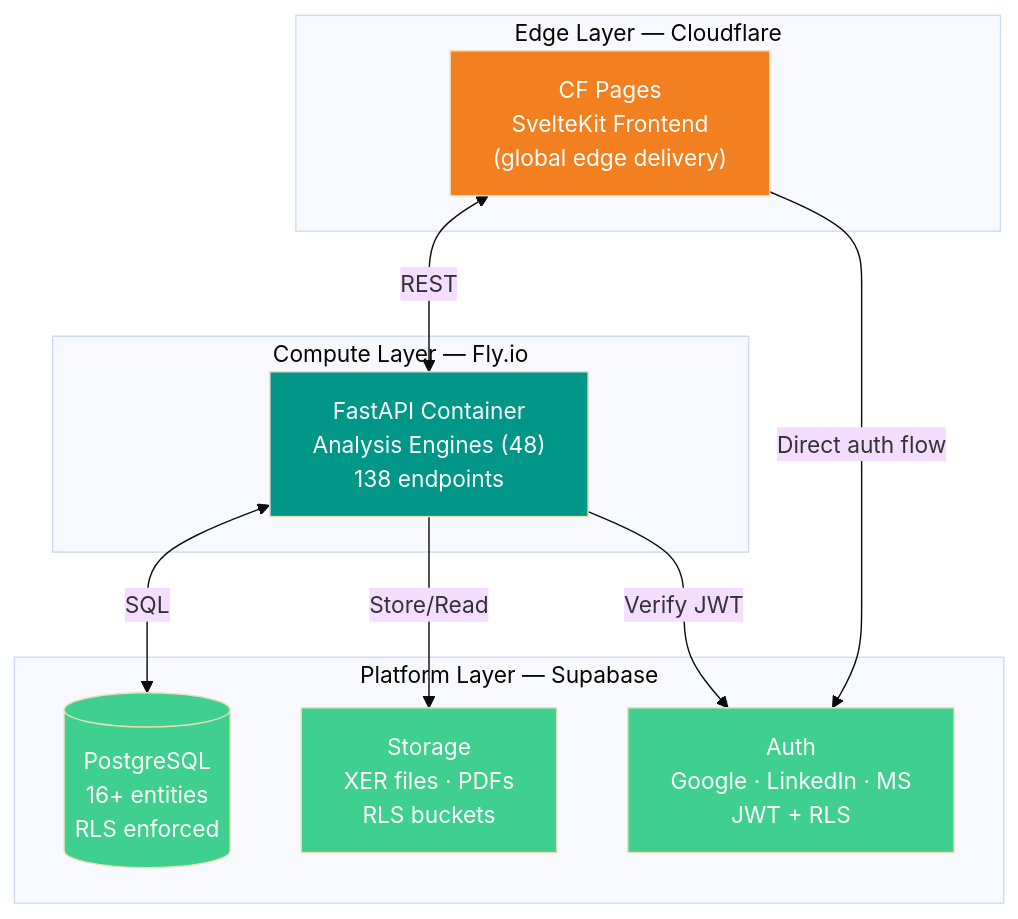
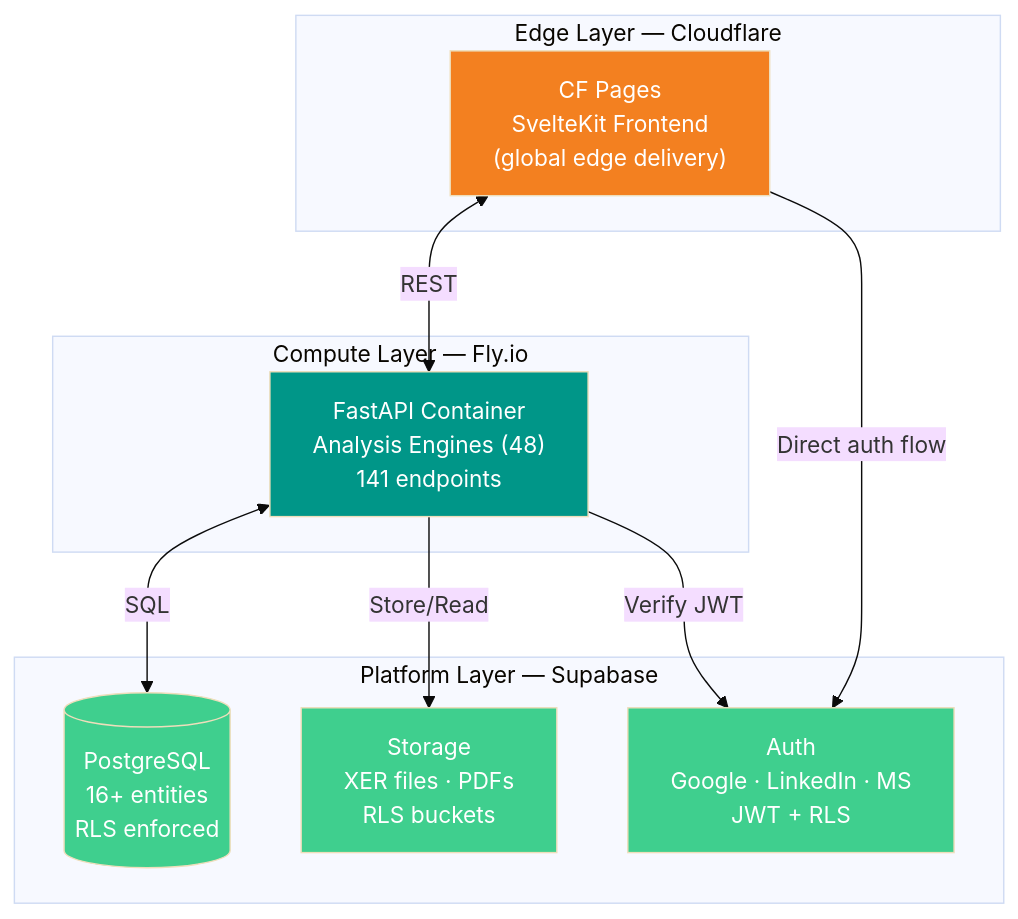
One commit to VitorMRodovalho/meridianiq changed the first of 2 diagrams in README.md. Above: the diagram before and after it, drawn with Mermaid (base theme). The commit also changed other lines of this file and 42 other files, not shown here.

````diff
--- a/README.md
+++ b/README.md
@@ -116,28 +116,28 @@
 ```mermaid
 graph TB
     subgraph "Edge Layer — Cloudflare"
         CF_PAGES["CF Pages<br/>SvelteKit Frontend<br/>(global edge delivery)"]
     end
 
     subgraph "Compute Layer — Fly.io"
-        FASTAPI["FastAPI Container<br/>Analysis Engines (48)<br/>138 endpoints"]
+        FASTAPI["FastAPI Container<br/>Analysis Engines (48)<br/>141 endpoints"]
     end
 
     subgraph "Platform Layer — Supabase"
         AUTH["Auth<br/>Google · LinkedIn · MS<br/>JWT + RLS"]
         DB[("PostgreSQL<br/>16+ entities<br/>RLS enforced")]
         STORAGE["Storage<br/>XER files · PDFs<br/>RLS buckets"]
     end
 
     CF_PAGES <-->|"REST"| FASTAPI
     FASTAPI <-->|"SQL"| DB
     FASTAPI -->|"Store/Read"| STORAGE
     FASTAPI -->|"Verify JWT"| AUTH
     CF_PAGES -->|"Direct auth flow"| AUTH
 
     style CF_PAGES fill:#F38020,color:#fff
     style FASTAPI fill:#009688,color:#fff
     style DB fill:#3FCF8E,color:#fff
     style AUTH fill:#3FCF8E,color:#fff
     style STORAGE fill:#3FCF8E,color:#fff
 ```
````
